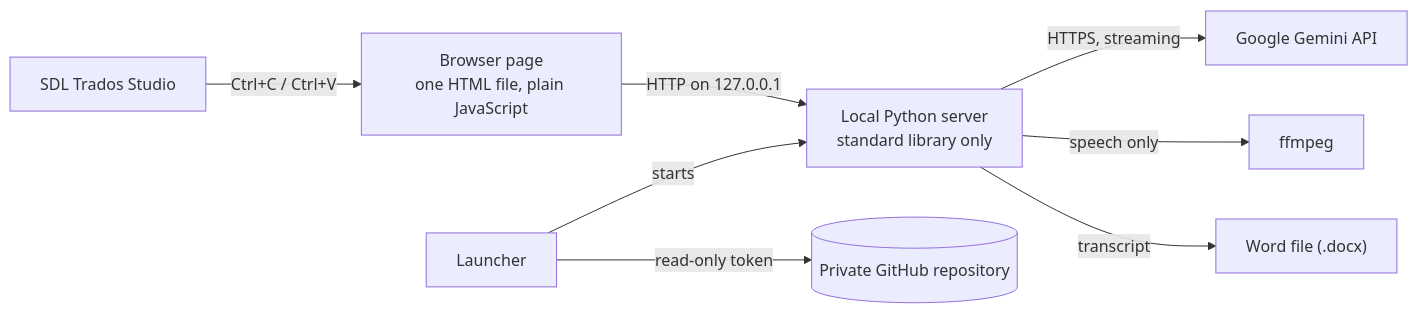
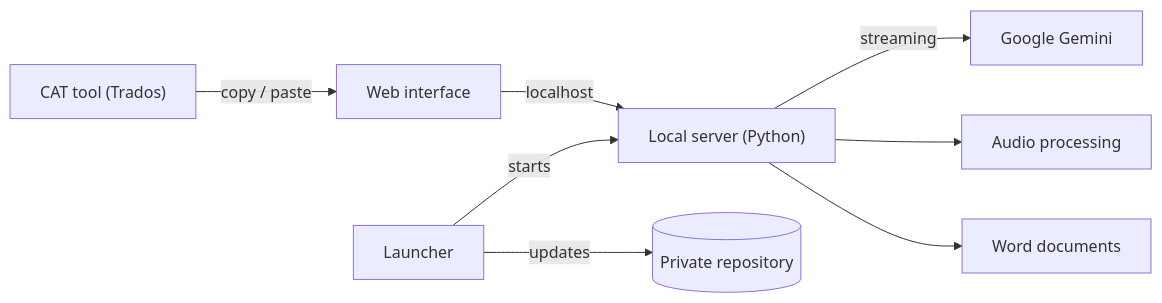
Before and after one commit to RenwarKarim/kurdish-translator-showcase: the diagram in README.md, drawn with Mermaid. The commit also changed other lines of this file and 3 other files, not shown here.

````diff
--- a/README.md
+++ b/README.md
@@ -74,10 +13,10 @@
 ```mermaid
 flowchart LR
-    T["SDL Trados Studio"] -- "Ctrl+C / Ctrl+V" --> B["Browser page<br/>one HTML file, plain JavaScript"]
-    B -- "HTTP on 127.0.0.1" --> S["Local Python server<br/>standard library only"]
-    S -- "HTTPS, streaming" --> G["Google Gemini API"]
-    S -- "speech only" --> F["ffmpeg"]
-    S -- "transcript" --> W["Word file (.docx)"]
-    L["Launcher"] -- "read-only token" --> R[("Private GitHub repository")]
+    T["CAT tool (Trados)"] -- "copy / paste" --> B["Web interface"]
+    B -- "localhost" --> S["Local server (Python)"]
+    S -- "streaming" --> G["Google Gemini"]
+    S --> F["Audio processing"]
+    S --> W["Word documents"]
+    L["Launcher"] -- "updates" --> R[("Private repository")]
     L -- "starts" --> S
 ```
````
